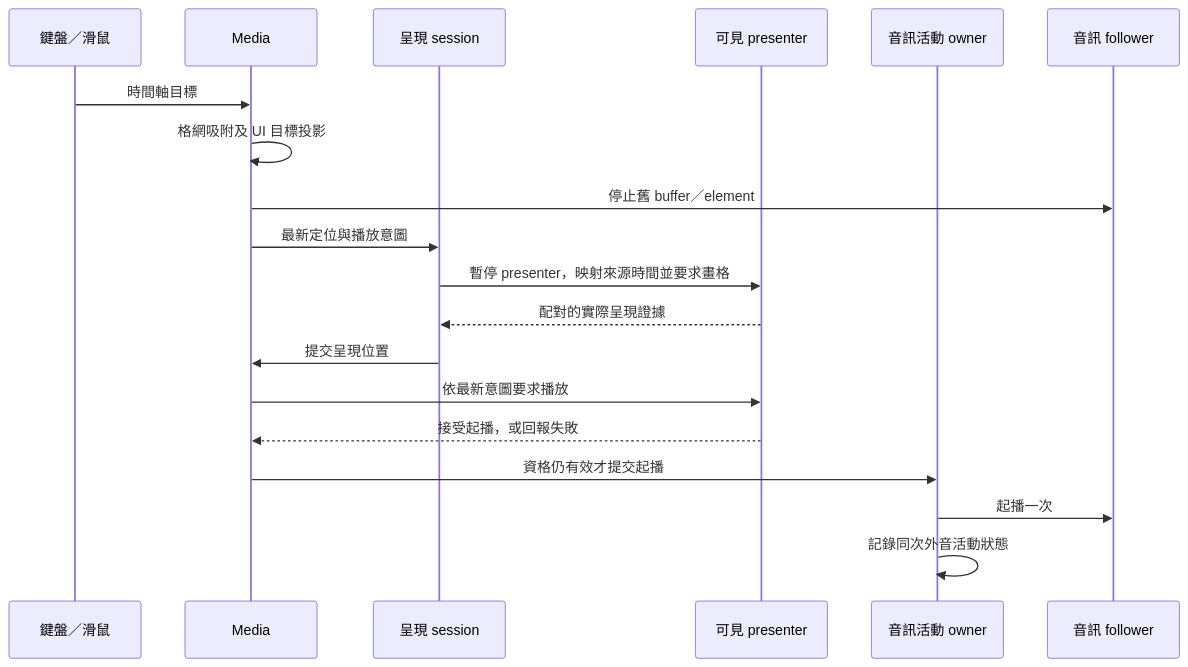
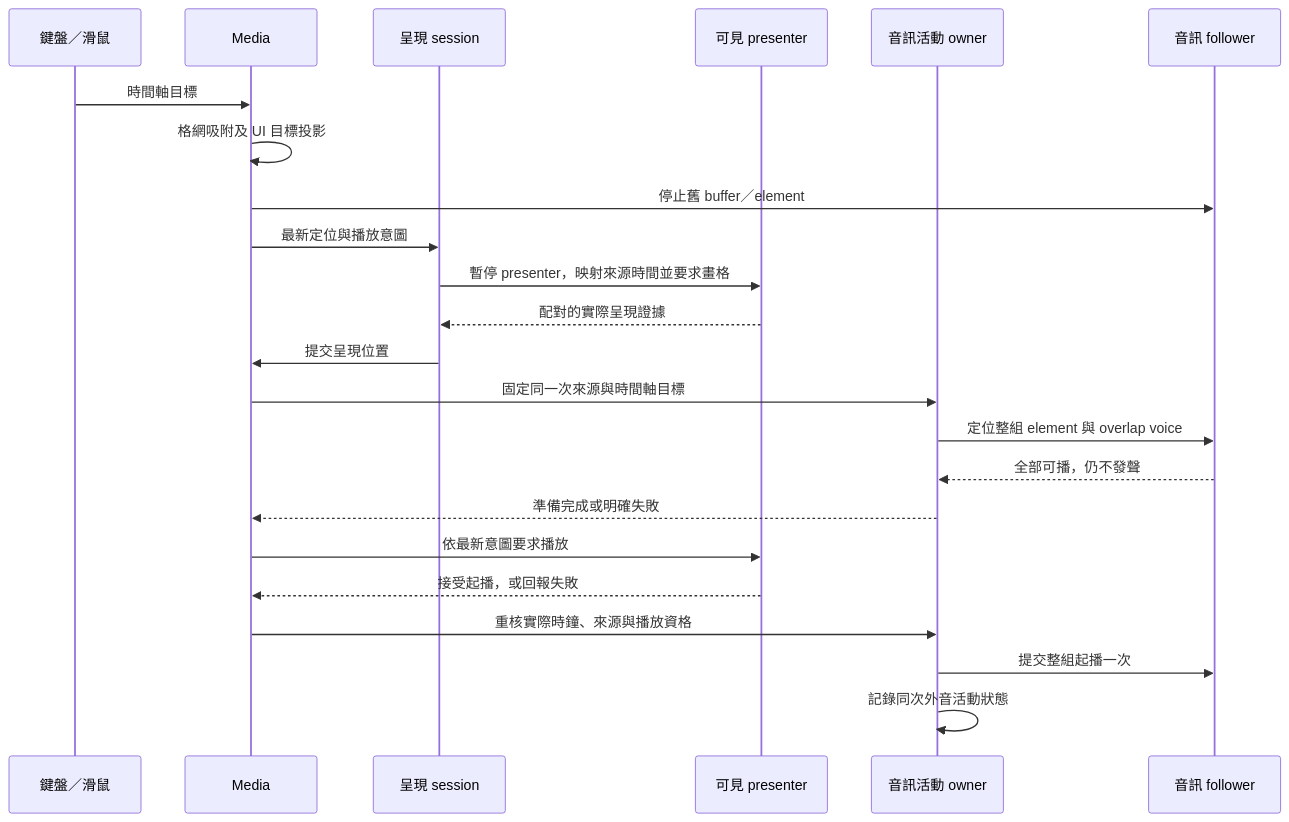
Before and after one commit to evanwayc-star/SUB_Tool: the diagram in docs/FPS_時碼一致性.md, drawn with Mermaid. The commit also changed other lines of this file and 57 other files, not shown here.

````diff
--- a/docs/FPS_時碼一致性.md
+++ b/docs/FPS_時碼一致性.md
@@ -154,21 +156,25 @@
 ```mermaid
 sequenceDiagram
   participant I as 鍵盤／滑鼠
   participant M as Media
   participant S as 呈現 session
   participant P as 可見 presenter
   participant R as 音訊活動 owner
   participant A as 音訊 follower
   I->>M: 時間軸目標
   M->>M: 格網吸附及 UI 目標投影
   M->>A: 停止舊 buffer／element
   M->>S: 最新定位與播放意圖
   S->>P: 暫停 presenter，映射來源時間並要求畫格
   P-->>S: 配對的實際呈現證據
   S->>M: 提交呈現位置
+  M->>R: 固定同一次來源與時間軸目標
+  R->>A: 定位整組 element 與 overlap voice
+  A-->>R: 全部可播，仍不發聲
+  R-->>M: 準備完成或明確失敗
   M->>P: 依最新意圖要求播放
   P-->>M: 接受起播，或回報失敗
-  M->>R: 資格仍有效才提交起播
-  R->>A: 起播一次
+  M->>R: 重核實際時鐘、來源與播放資格
+  R->>A: 提交整組起播一次
   R->>R: 記錄同次外音活動狀態
 ```
````
